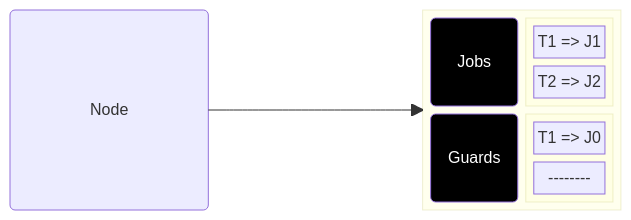
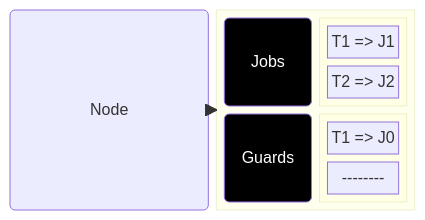
One commit to duclos-cavalcanti/TreeBuilder changed the second of 3 diagrams in docs/slidev/slides/Classes.md. Above: the diagram before and after it, drawn with Mermaid. The commit also changed other lines of this file and 12 other files, not shown here.

````diff
--- a/docs/slidev/slides/Classes.md
+++ b/docs/slidev/slides/Classes.md
@@ -69,25 +53,24 @@
 ```mermaid
 block-beta
     N("Node"):1
-    space
     block:G
         columns 2
         J("<font color=white>Jobs"):1
         block:jobs
             columns 1
             A["T1 => J1"] 
             B["T2 => J2"] 
         end
         Guard("<font color=white>Guards"):1
         block:guards
             columns 1
             C["T1 => J0"] 
             D["--------"] 
         end
     end
 
-    N --> G
+    G --> N
 
     style J fill:#000000
     style Guard fill:#000000
 ```
````
